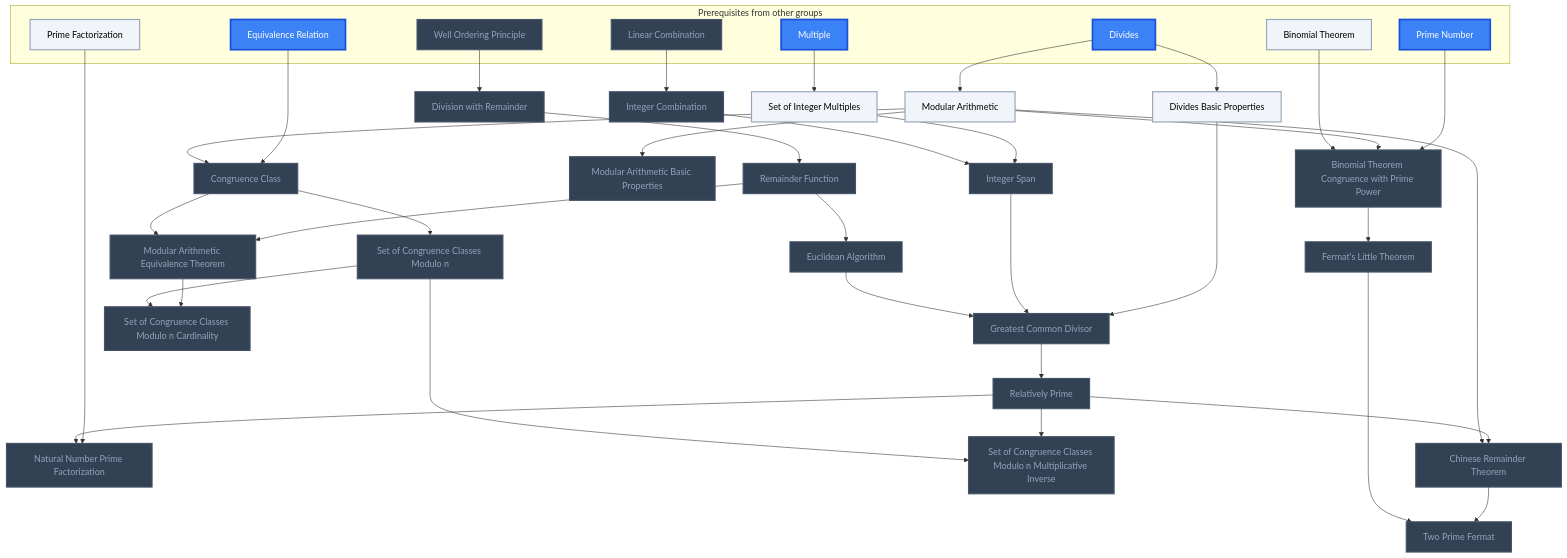
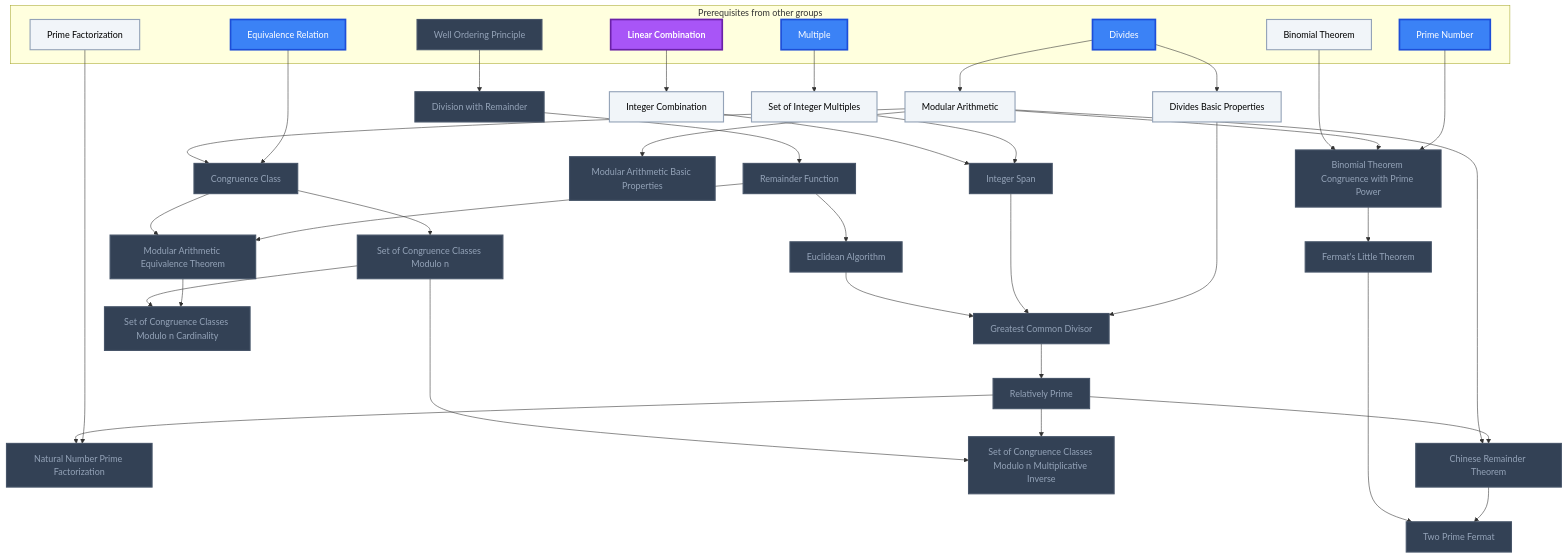
Before and after one commit to MRauf1/My-Notes: the first of 20 diagrams in Gamification/Skill Trees/Abstract Algebra.md, drawn with Mermaid. The commit also changed other lines of this file and 57 other files, not shown here.

````diff
--- a/Gamification/Skill Trees/Abstract Algebra.md
+++ b/Gamification/Skill Trees/Abstract Algebra.md
@@ -17,80 +17,81 @@
 ```mermaid
 flowchart TD
     classDef planned fill:#1E293B,stroke:#64748B,stroke-width:2px,stroke-dasharray:5 5,color:#94A3B8;
     classDef locked fill:#334155,stroke:#475569,stroke-width:2px,color:#94A3B8;
     classDef L0 fill:#F1F5F9,stroke:#94A3B8,stroke-width:2px,color:#000000;
     classDef L1 fill:#22C55E,stroke:#15803D,stroke-width:2px,color:#000000;
     classDef L2 fill:#3B82F6,stroke:#1D4ED8,stroke-width:3px,color:#FFFFFF;
     classDef L3 fill:#A855F7,stroke:#6B21A8,stroke-width:3px,color:#FFFFFF,font-weight:bold;
     classDef L4 fill:#F97316,stroke:#C2410C,stroke-width:4px,color:#000000,font-weight:bold;
     classDef L5 fill:#FFD700,stroke:#FF8C00,stroke-width:5px,color:#000000,font-weight:bold;
     classDef rusty stroke:#8B4513,stroke-width:4px,stroke-dasharray:3 3;
     subgraph sg_prereqs["Prerequisites from other groups"]
         n_well_ordering_principle["Well Ordering Principle"]
         n_divides["Divides"]
         n_multiple["Multiple"]
         n_linear_combination["Linear Combination"]
         n_prime_factorization["Prime Factorization"]
         n_equivalence_relation["Equivalence Relation"]
         n_binomial_theorem["Binomial Theorem"]
         n_prime_number["Prime Number"]
     end
     n_divides_basic_properties["Divides Basic Properties"]
     n_division_with_remainder["Division with Remainder"]
     n_remainder_function["Remainder Function"]
     n_set_of_integer_multiples["Set of Integer Multiples"]
     n_integer_combination["Integer Combination"]
     n_integer_span["Integer Span"]
     n_euclidean_algorithm["Euclidean Algorithm"]
     n_greatest_common_divisor["Greatest Common Divisor"]
     n_relatively_prime["Relatively Prime"]
     n_natural_number_prime_factorization["Natural Number Prime Factorization"]
     n_modular_arithmetic["Modular Arithmetic"]
     n_modular_arithmetic_basic_properties["Modular Arithmetic Basic Properties"]
     n_congruence_class["Congruence Class"]
     n_modular_arithmetic_equivalence_theorem["Modular Arithmetic Equivalence Theorem"]
     n_set_of_congruence_classes_modulo_n["Set of Congruence Classes Modulo n"]
     n_set_of_congruence_classes_modulo_n_cardinality["Set of Congruence Classes Modulo n Cardinality"]
     n_set_of_congruence_classes_modulo_n_multiplicative_inverse["Set of Congruence Classes Modulo n Multiplicative Inverse"]
     n_chinese_remainder_theorem["Chinese Remainder Theorem"]
     n_binomial_theorem_congruence_with_prime_power["Binomial Theorem Congruence with Prime Power"]
     n_fermat_s_little_theorem["Fermat's Little Theorem"]
     n_two_prime_fermat["Two Prime Fermat"]
     n_well_ordering_principle --> n_division_with_remainder
     n_division_with_remainder --> n_remainder_function
     n_divides --> n_divides_basic_properties
     n_multiple --> n_set_of_integer_multiples
     n_linear_combination --> n_integer_combination
     n_integer_combination --> n_integer_span
     n_set_of_integer_multiples --> n_integer_span
     n_remainder_function --> n_euclidean_algorithm
     n_euclidean_algorithm --> n_greatest_common_divisor
     n_integer_span --> n_greatest_common_divisor
     n_divides_basic_properties --> n_greatest_common_divisor
     n_greatest_common_divisor --> n_relatively_prime
     n_relatively_prime --> n_natural_number_prime_factorization
     n_prime_factorization --> n_natural_number_prime_factorization
     n_divides --> n_modular_arithmetic
     n_modular_arithmetic --> n_modular_arithmetic_basic_properties
     n_modular_arithmetic --> n_congruence_class
     n_equivalence_relation --> n_congruence_class
     n_congruence_class --> n_modular_arithmetic_equivalence_theorem
     n_remainder_function --> n_modular_arithmetic_equivalence_theorem
     n_congruence_class --> n_set_of_congruence_classes_modulo_n
     n_set_of_congruence_classes_modulo_n --> n_set_of_congruence_classes_modulo_n_cardinality
     n_modular_arithmetic_equivalence_theorem --> n_set_of_congruence_classes_modulo_n_cardinality
     n_set_of_congruence_classes_modulo_n --> n_set_of_congruence_classes_modulo_n_multiplicative_inverse
     n_relatively_prime --> n_set_of_congruence_classes_modulo_n_multiplicative_inverse
     n_modular_arithmetic --> n_chinese_remainder_theorem
     n_relatively_prime --> n_chinese_remainder_theorem
     n_binomial_theorem --> n_binomial_theorem_congruence_with_prime_power
     n_modular_arithmetic --> n_binomial_theorem_congruence_with_prime_power
     n_prime_number --> n_binomial_theorem_congruence_with_prime_power
     n_binomial_theorem_congruence_with_prime_power --> n_fermat_s_little_theorem
     n_fermat_s_little_theorem --> n_two_prime_fermat
     n_chinese_remainder_theorem --> n_two_prime_fermat
-    class n_well_ordering_principle,n_linear_combination,n_division_with_remainder,n_remainder_function,n_integer_combination,n_integer_span,n_euclidean_algorithm,n_greatest_common_divisor,n_relatively_prime,n_natural_number_prime_factorization,n_modular_arithmetic_basic_properties,n_congruence_class,n_modular_arithmetic_equivalence_theorem,n_set_of_congruence_classes_modulo_n,n_set_of_congruence_classes_modulo_n_cardinality,n_set_of_congruence_classes_modulo_n_multiplicative_inverse,n_chinese_remainder_theorem,n_binomial_theorem_congruence_with_prime_power,n_fermat_s_little_theorem,n_two_prime_fermat locked;
-    class n_prime_factorization,n_binomial_theorem,n_divides_basic_properties,n_set_of_integer_multiples,n_modular_arithmetic L0;
+    class n_well_ordering_principle,n_division_with_remainder,n_remainder_function,n_integer_span,n_euclidean_algorithm,n_greatest_common_divisor,n_relatively_prime,n_natural_number_prime_factorization,n_modular_arithmetic_basic_properties,n_congruence_class,n_modular_arithmetic_equivalence_theorem,n_set_of_congruence_classes_modulo_n,n_set_of_congruence_classes_modulo_n_cardinality,n_set_of_congruence_classes_modulo_n_multiplicative_inverse,n_chinese_remainder_theorem,n_binomial_theorem_congruence_with_prime_power,n_fermat_s_little_theorem,n_two_prime_fermat locked;
+    class n_prime_factorization,n_binomial_theorem,n_divides_basic_properties,n_set_of_integer_multiples,n_integer_combination,n_modular_arithmetic L0;
     class n_divides,n_multiple,n_equivalence_relation,n_prime_number L2;
+    class n_linear_combination L3;
     class n_well_ordering_principle,n_divides,n_multiple,n_linear_combination,n_prime_factorization,n_equivalence_relation,n_binomial_theorem,n_prime_number,n_divides_basic_properties,n_division_with_remainder,n_remainder_function,n_set_of_integer_multiples,n_integer_combination,n_integer_span,n_euclidean_algorithm,n_greatest_common_divisor,n_relatively_prime,n_natural_number_prime_factorization,n_modular_arithmetic,n_modular_arithmetic_basic_properties,n_congruence_class,n_modular_arithmetic_equivalence_theorem,n_set_of_congruence_classes_modulo_n,n_set_of_congruence_classes_modulo_n_cardinality,n_set_of_congruence_classes_modulo_n_multiplicative_inverse,n_chinese_remainder_theorem,n_binomial_theorem_congruence_with_prime_power,n_fermat_s_little_theorem,n_two_prime_fermat internal-link;
 ```
````
